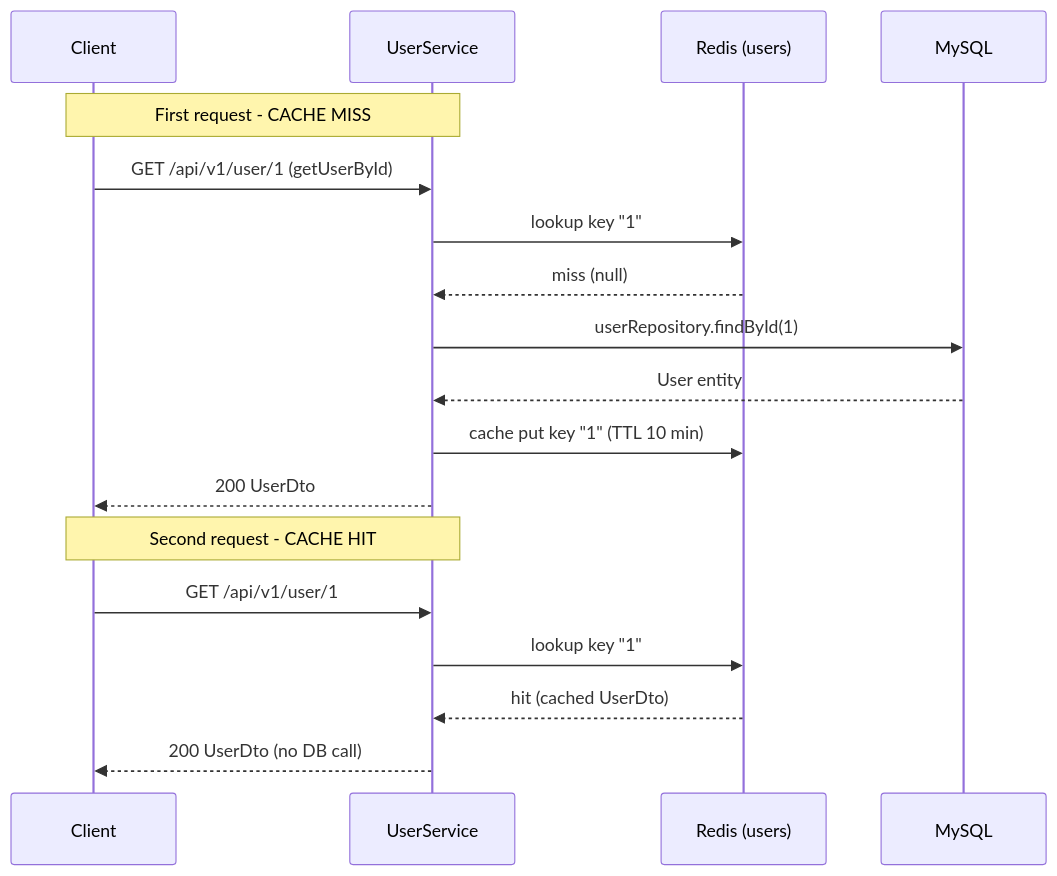
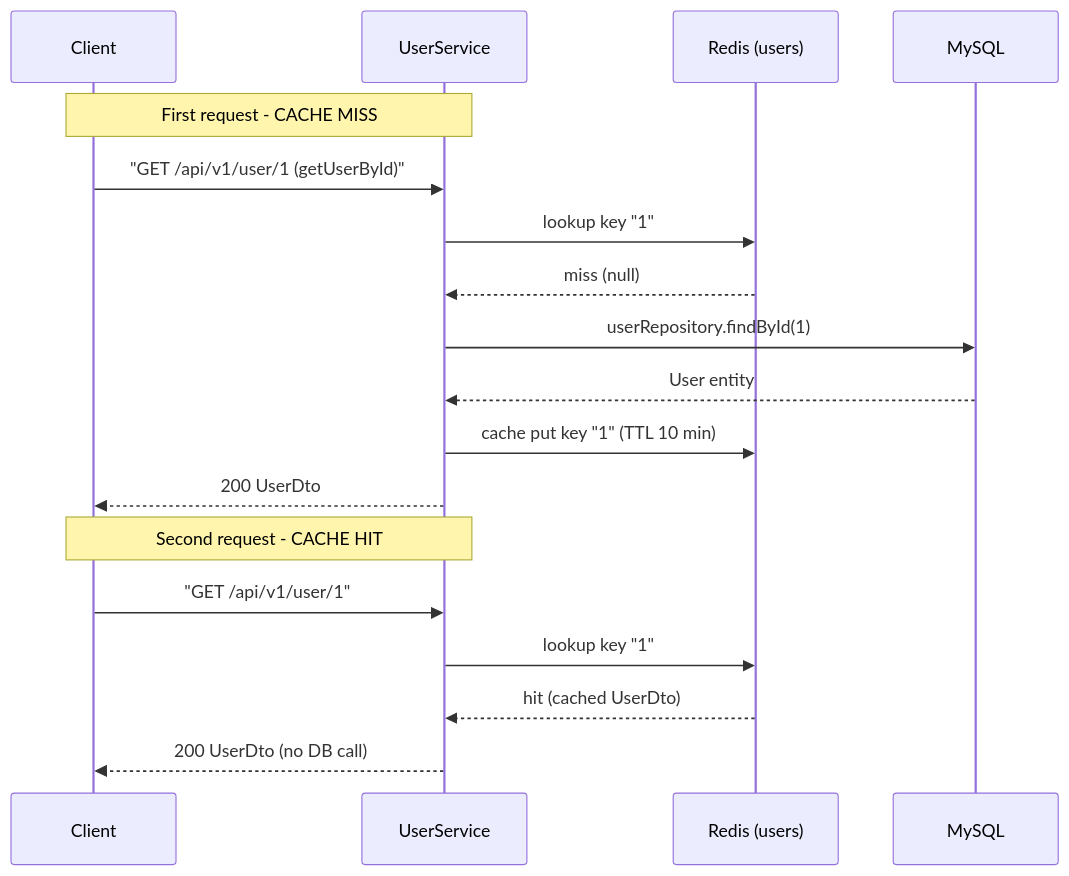
The third of 3 diagrams in user-service/README.md (PagarciaSima/ENERGY_TRACKER_MICROSERVICES), drawn with Mermaid before and after one commit. The commit also changed other lines of this file and 5 other files, not shown here.

````diff
--- a/user-service/README.md
+++ b/user-service/README.md
@@ -454,22 +454,22 @@
 ```mermaid
 sequenceDiagram
     participant Client as Client
     participant Service as UserService
     participant Cache as Redis (users)
     participant DB as MySQL
 
     Note over Client,Service: First request - CACHE MISS
-    Client->>Service: GET /api/v1/user/1 (getUserById)
+    Client->>Service: "GET /api/v1/user/1 (getUserById)"
     Service->>Cache: lookup key "1"
     Cache-->>Service: miss (null)
     Service->>DB: userRepository.findById(1)
     DB-->>Service: User entity
     Service->>Cache: cache put key "1" (TTL 10 min)
     Service-->>Client: 200 UserDto
 
     Note over Client,Service: Second request - CACHE HIT
-    Client->>Service: GET /api/v1/user/1
+    Client->>Service: "GET /api/v1/user/1"
     Service->>Cache: lookup key "1"
     Cache-->>Service: hit (cached UserDto)
     Service-->>Client: 200 UserDto (no DB call)
 ```
````
